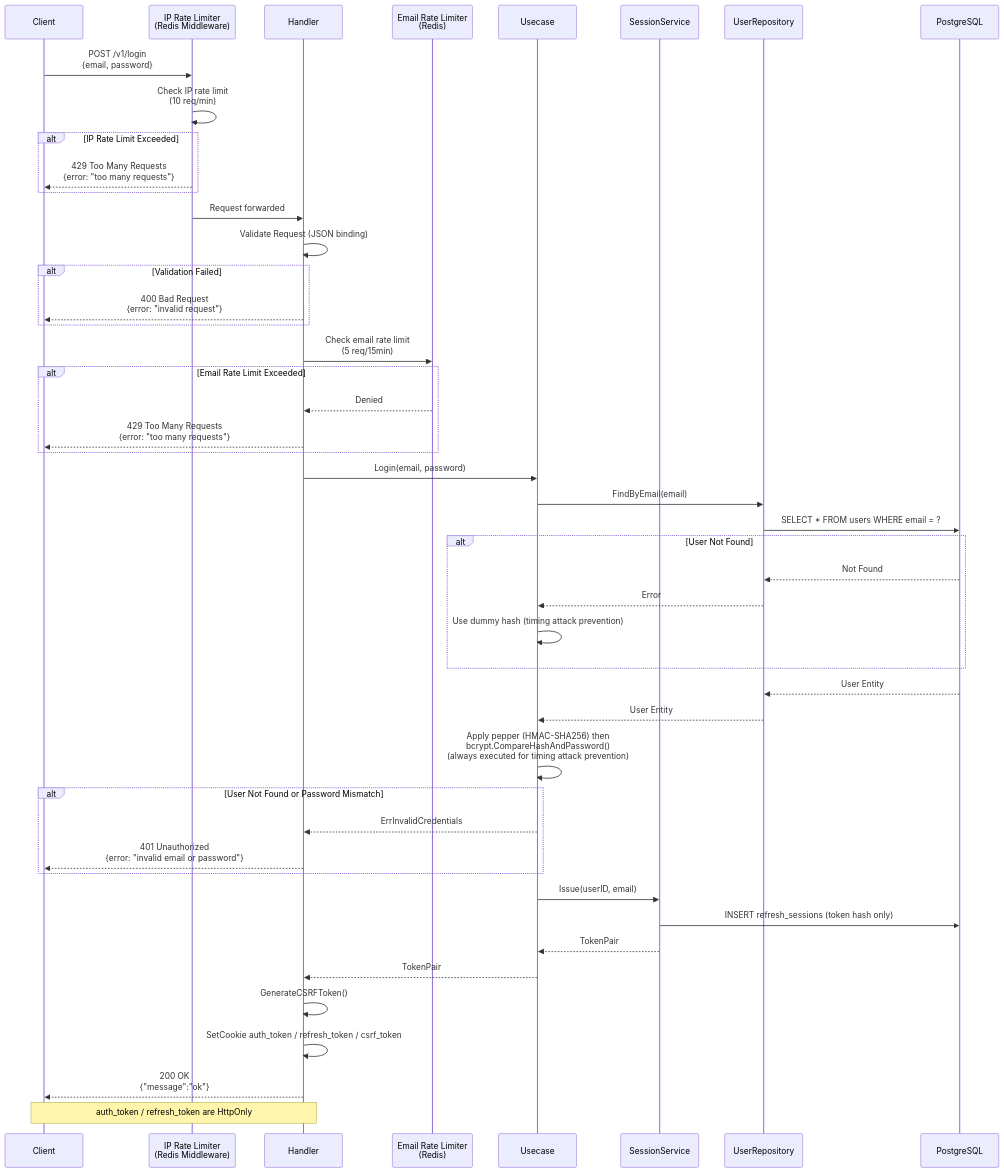
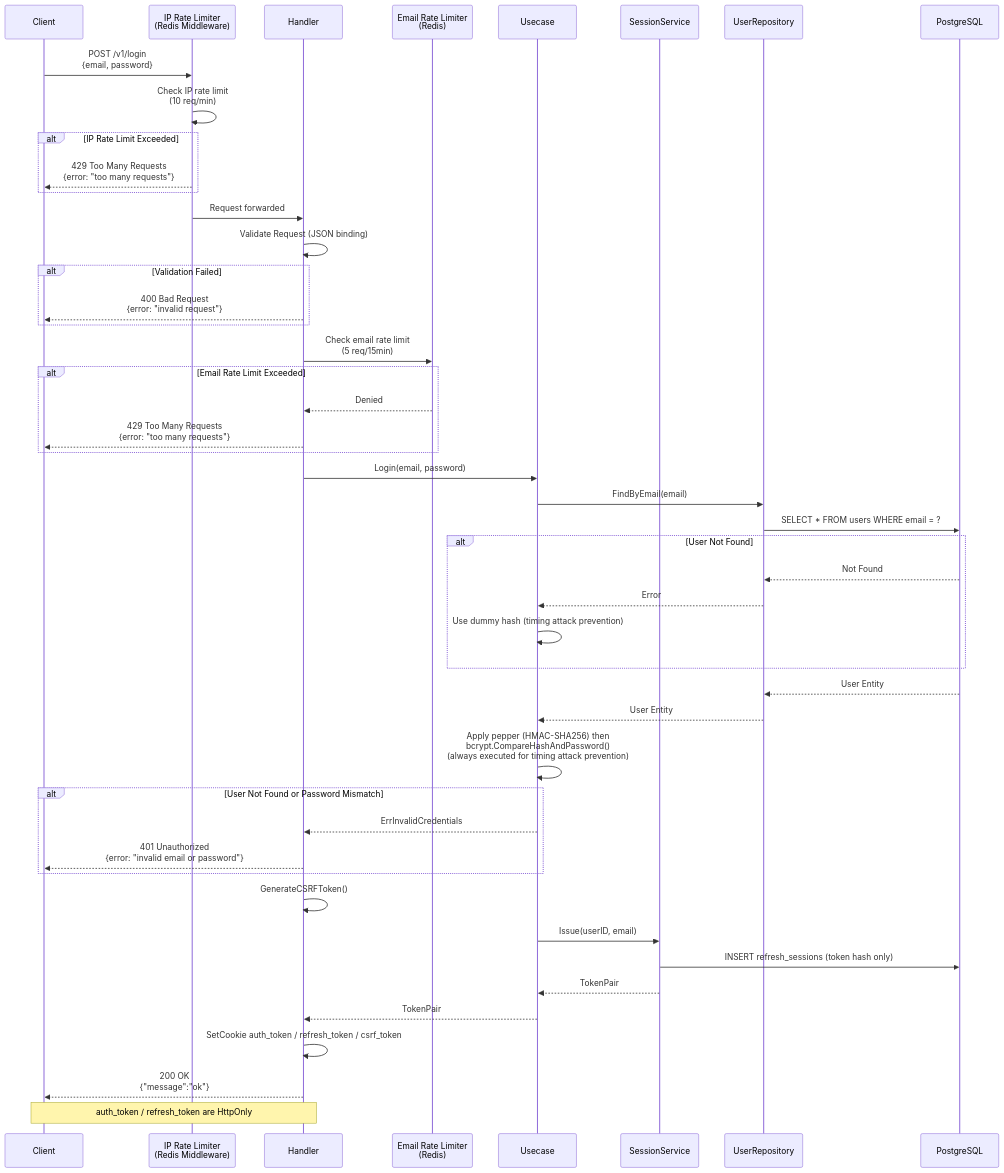
One commit to UCHIDAnobuhiro/stock-backend changed the second of 7 diagrams in docs/features/auth.md. Above: the diagram before and after it, drawn with Mermaid. The commit also changed other lines of this file and 14 other files, not shown here.

````diff
--- a/docs/features/auth.md
+++ b/docs/features/auth.md
@@ -65,60 +66,60 @@
 ```mermaid
 sequenceDiagram
     participant Client
     participant RateLimit as IP Rate Limiter<br/>(Redis Middleware)
     participant Handler as Handler
     participant Limiter as Email Rate Limiter<br/>(Redis)
     participant Usecase as Usecase
     participant Session as SessionService
     participant Repository as UserRepository
     participant DB as PostgreSQL
 
     Client->>RateLimit: POST /v1/login<br/>{email, password}
     RateLimit->>RateLimit: Check IP rate limit<br/>(10 req/min)
 
     alt IP Rate Limit Exceeded
         RateLimit-->>Client: 429 Too Many Requests<br/>{error: "too many requests"}
     end
 
     RateLimit->>Handler: Request forwarded
     Handler->>Handler: Validate Request (JSON binding)
 
     alt Validation Failed
         Handler-->>Client: 400 Bad Request<br/>{error: "invalid request"}
     end
 
     Handler->>Limiter: Check email rate limit<br/>(5 req/15min)
 
     alt Email Rate Limit Exceeded
         Limiter-->>Handler: Denied
         Handler-->>Client: 429 Too Many Requests<br/>{error: "too many requests"}
     end
 
     Handler->>Usecase: Login(email, password)
     Usecase->>Repository: FindByEmail(email)
     Repository->>DB: SELECT * FROM users WHERE email = ?
 
     alt User Not Found
         DB-->>Repository: Not Found
         Repository-->>Usecase: Error
         Usecase->>Usecase: Use dummy hash (timing attack prevention)
     end
 
     DB-->>Repository: User Entity
     Repository-->>Usecase: User Entity
     Usecase->>Usecase: Apply pepper (HMAC-SHA256) then<br/>bcrypt.CompareHashAndPassword()<br/>(always executed for timing attack prevention)
 
     alt User Not Found or Password Mismatch
         Usecase-->>Handler: ErrInvalidCredentials
         Handler-->>Client: 401 Unauthorized<br/>{error: "invalid email or password"}
     end
 
+    Handler->>Handler: GenerateCSRFToken()
     Usecase->>Session: Issue(userID, email)
     Session->>DB: INSERT refresh_sessions (token hash only)
     Session-->>Usecase: TokenPair
     Usecase-->>Handler: TokenPair
-    Handler->>Handler: GenerateCSRFToken()
     Handler->>Handler: SetCookie auth_token / refresh_token / csrf_token
     Handler-->>Client: 200 OK<br/>{"message":"ok"}
     Note over Handler,Client: auth_token / refresh_token are HttpOnly
 ```
````
